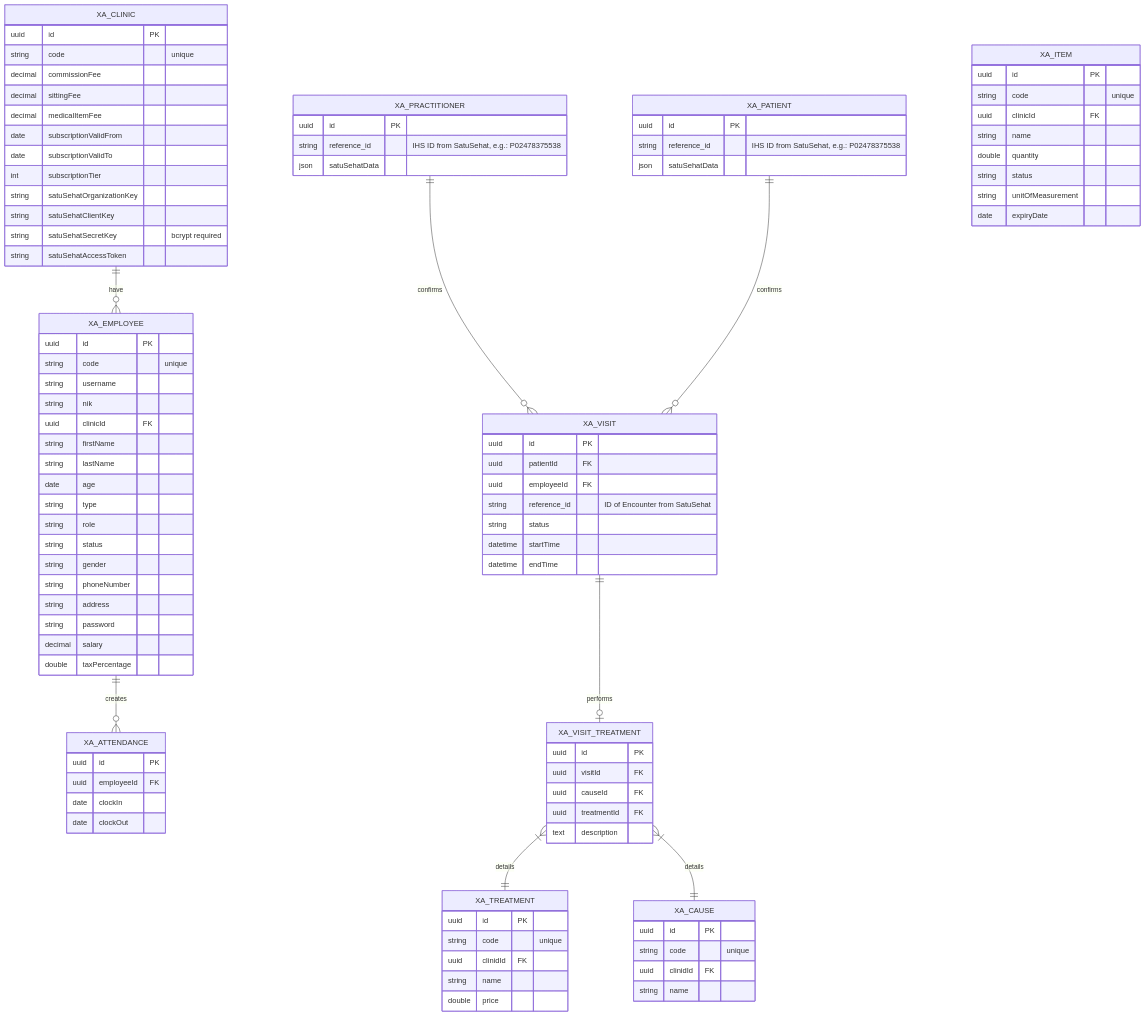
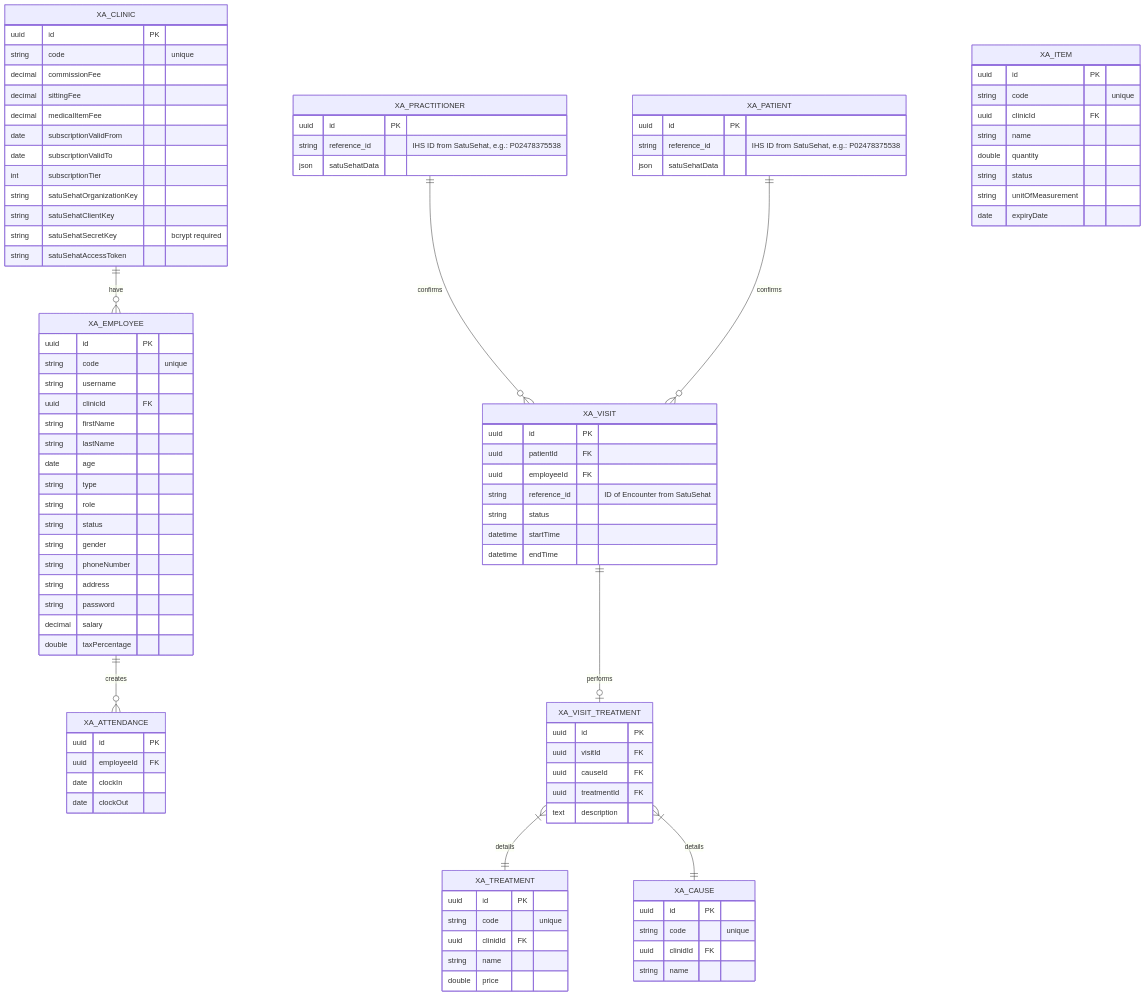
Before and after one commit to acemint/x-admin-backend: the diagram in docs/erd.md, drawn with Mermaid. The commit also changed 8 other files, not shown here.

```diff
--- a/docs/erd.md
+++ b/docs/erd.md
@@ -34,7 +34,6 @@
         uuid id PK
         string code "unique"
         string username
-        string nik
         uuid clinicId FK
         string firstName
         string lastName
```
